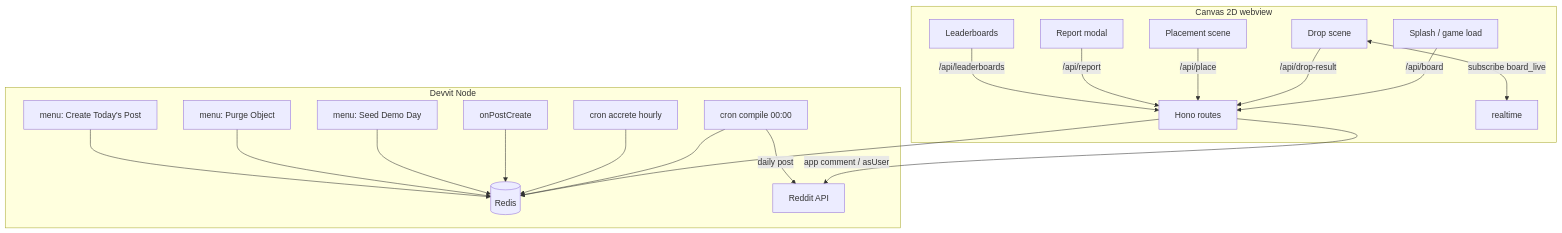
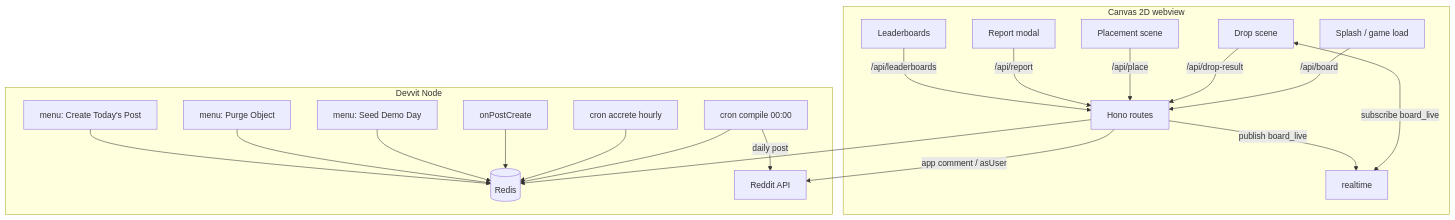
The diagram in README.md (edycutjong/grudgeball), drawn with Mermaid before and after one commit. The commit also changed 1 other file, not shown here.

Commit message:
docs: reconcile README/ARCHITECTURE mermaid — add server→realtime publish edge (board_live), consistent across both

````diff
--- a/README.md
+++ b/README.md
@@ -100,22 +100,23 @@
 ```mermaid
 flowchart TD
   subgraph Client [Canvas 2D webview]
     Sp[Splash / game load] -->|/api/board| S
     A[Drop scene] -->|/api/drop-result| S
     B[Placement scene] -->|/api/place| S
     C[Report modal] -->|/api/report| S
     Lb[Leaderboards] -->|/api/leaderboards| S
     A <-->|subscribe board_live| RT[realtime]
   end
   subgraph Server [Devvit Node]
     S[Hono routes] --> R[(Redis)]
     CR1[cron compile 00:00] --> R
     CR2[cron accrete hourly] --> R
     TR[onPostCreate] --> R
     M1[menu: Seed Demo Day] --> R
     M2[menu: Purge Object] --> R
     M3[menu: Create Today's Post] --> R
     S -->|app comment / asUser| RED[Reddit API]
     CR1 -->|daily post| RED
   end
+  S -->|publish board_live| RT
 ```
````
